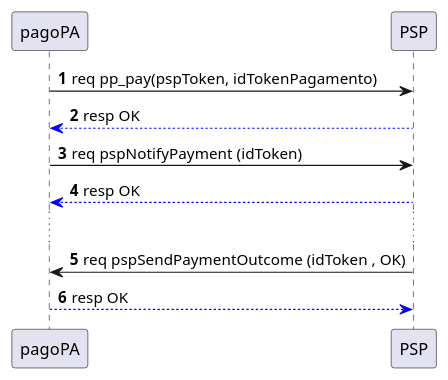
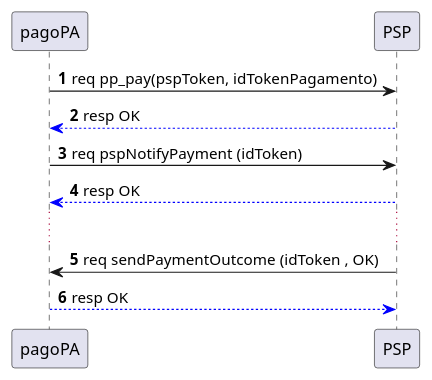
The diagram in puml-diagrams/sd_pagamento_paypal.puml (pagopa-archive/pagopa-specifichepagamenti-docs), drawn with PlantUML before and after one commit. The commit also changed 2 other files, not shown here.

```diff
--- a/puml-diagrams/sd_pagamento_paypal.puml
+++ b/puml-diagrams/sd_pagamento_paypal.puml
@@ -1,17 +1,17 @@
 @startuml
 autonumber 
 participant nodo as "pagoPA"
 participant psp as "PSP"
 
 nodo -> psp : req pp_pay(pspToken, idTokenPagamento)
 psp -[#blue]-> nodo : resp OK 
 
 nodo -> psp : req pspNotifyPayment (idToken)
 psp -[#blue]-> nodo : resp OK
 
 
 ...
 
-psp -> nodo : req pspSendPaymentOutcome (idToken , OK)
+psp -> nodo : req sendPaymentOutcome (idToken , OK)
 nodo -[#blue]-> psp: resp OK
 @enduml
```
